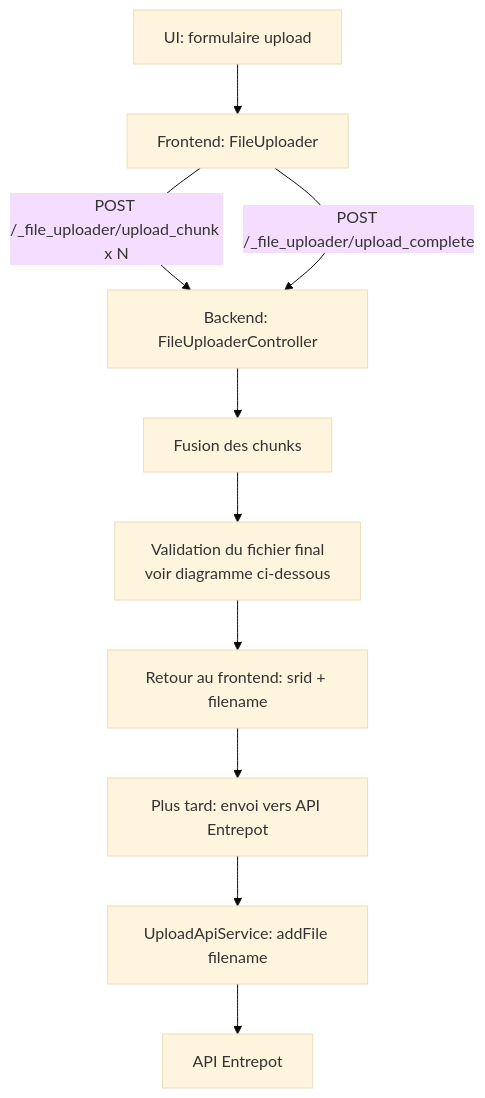
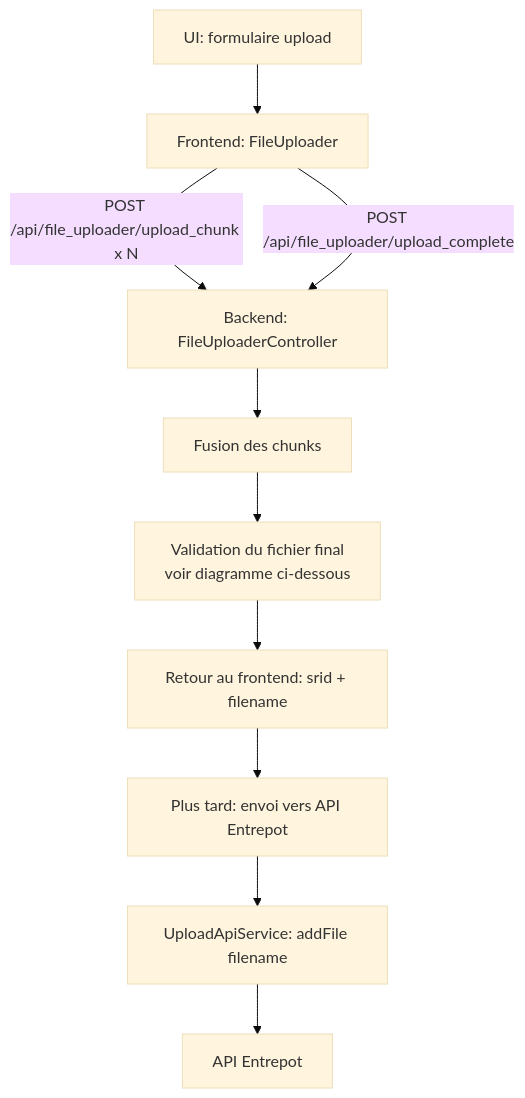
The first of 2 diagrams in docs/developer/file-uploader/README.md (IGNF/cartes.gouv.fr), drawn with Mermaid (base theme) before and after one commit. The commit also changed other lines of this file and 58 other files, not shown here.

````diff
--- a/docs/developer/file-uploader/README.md
+++ b/docs/developer/file-uploader/README.md
@@ -19,15 +19,15 @@
 ```mermaid
 flowchart TD
     UI[UI: formulaire upload] --> FU[Frontend: FileUploader]
 
-    FU -->|POST /_file_uploader/upload_chunk x N| Backend[Backend: FileUploaderController]
-    FU -->|POST /_file_uploader/upload_complete| Backend
+    FU -->|POST /api/file_uploader/upload_chunk x N| Backend[Backend: FileUploaderController]
+    FU -->|POST /api/file_uploader/upload_complete| Backend
 
     Backend --> Merge[Fusion des chunks]
     Merge --> Validate[Validation du fichier final<br>voir diagramme ci-dessous]-->RES
     RES[Retour au frontend: srid + filename]
 
     RES --> Later[Plus tard: envoi vers API Entrepot]
     Later --> Svc[UploadApiService: addFile filename]
     Svc --> API[API Entrepot]
 ```
````
